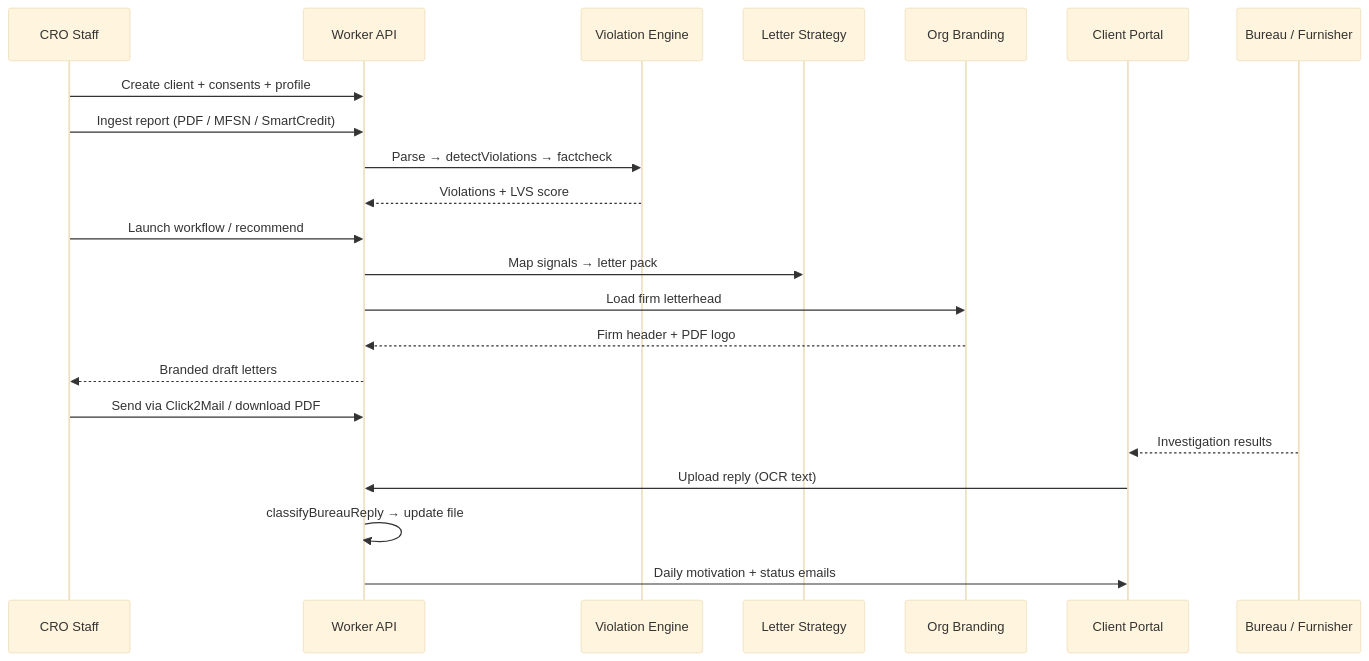
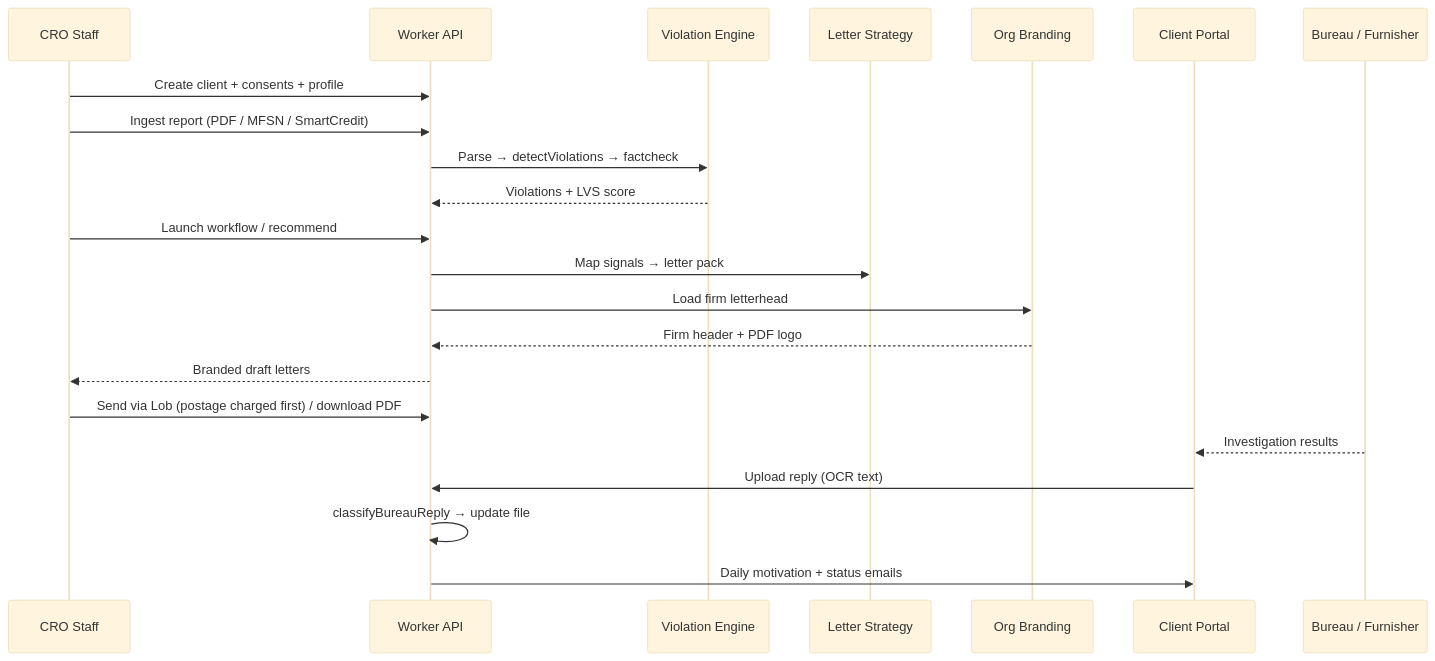
One commit to rjbizsolution23-wq/smart-FCRA changed the second of 2 diagrams in docs/ARCHITECTURE_BLUEPRINT.md. Above: the diagram before and after it, drawn with Mermaid (base theme). The commit also changed other lines of this file and 14 other files, not shown here.

````diff
--- a/docs/ARCHITECTURE_BLUEPRINT.md
+++ b/docs/ARCHITECTURE_BLUEPRINT.md
@@ -77,25 +80,25 @@
 ```mermaid
 sequenceDiagram
   participant Staff as CRO Staff
   participant App as Worker API
   participant Eng as Violation Engine
   participant Strat as Letter Strategy
   participant Brand as Org Branding
   participant Client as Client Portal
   participant Bureau as Bureau / Furnisher
 
   Staff->>App: Create client + consents + profile
   Staff->>App: Ingest report (PDF / MFSN / SmartCredit)
   App->>Eng: Parse → detectViolations → factcheck
   Eng-->>App: Violations + LVS score
   Staff->>App: Launch workflow / recommend
   App->>Strat: Map signals → letter pack
   App->>Brand: Load firm letterhead
   Brand-->>App: Firm header + PDF logo
   App-->>Staff: Branded draft letters
-  Staff->>App: Send via Click2Mail / download PDF
+  Staff->>App: Send via Lob (postage charged first) / download PDF
   Bureau-->>Client: Investigation results
   Client->>App: Upload reply (OCR text)
   App->>App: classifyBureauReply → update file
   App->>Client: Daily motivation + status emails
 ```
````
